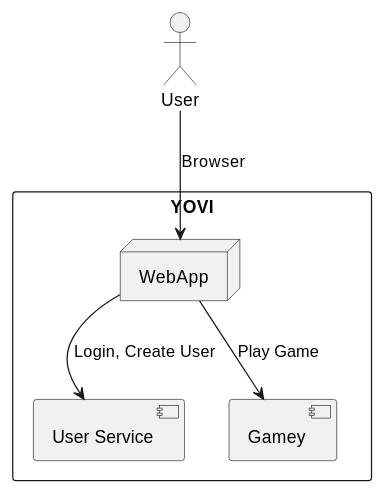
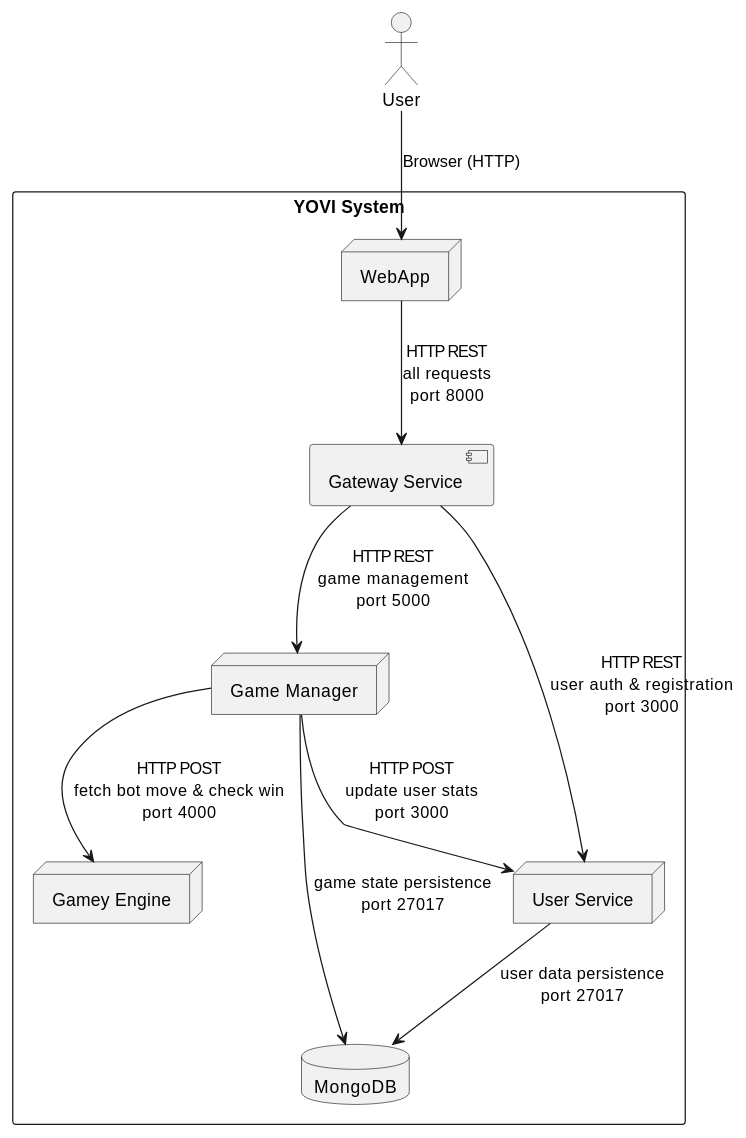
Before and after one commit to Arquisoft/yovi_en3a: the first of 3 diagrams in docs/src/05_building_block_view.adoc, drawn with PlantUML. The commit also changed other lines of this file and 1 other file, not shown here.

```diff
--- a/docs/src/05_building_block_view.adoc
+++ b/docs/src/05_building_block_view.adoc
@@ -72,17 +72,28 @@
-[plantuml,"Sequence diagram - Login ",png]
+[plantuml,"YOVI System Architecture - Level 1",png]
 ----
 
 actor "User" as user
 
-rectangle "YOVI" {
+rectangle "YOVI System" {
 
-  node WebApp as Web
-  node [User Service] as UserSvc
-  [Gamey] as GameEngine
+  node "WebApp" as Web
+  node [Gateway Service] as gateway
+  node "Game Manager" as GameSvc
+  node "User Service" as UserSvc
+  node "Gamey Engine" as GameEngine
+  database "MongoDB" as db
+
 
 }
 
-user --> Web :  Browser
-Web --> UserSvc : Login, Create User 
-Web --> GameEngine : Play Game
+user --> Web : Browser (HTTP)
+
+Web --> gateway: HTTP REST\nall requests\nport 8000
+gateway--> UserSvc : HTTP REST\nuser auth & registration\nport 3000
+gateway--> GameSvc: HTTP REST\ngame management\nport 5000
+GameSvc--> GameEngine: HTTP POST\nfetch bot move & check win\nport 4000
+GameSvc--> UserSvc: HTTP POST\nupdate user stats\nport 3000
+UserSvc --> db: user data persistence\nport 27017
+GameSvc--> db: game state persistence\nport 27017
+
 ----
```
